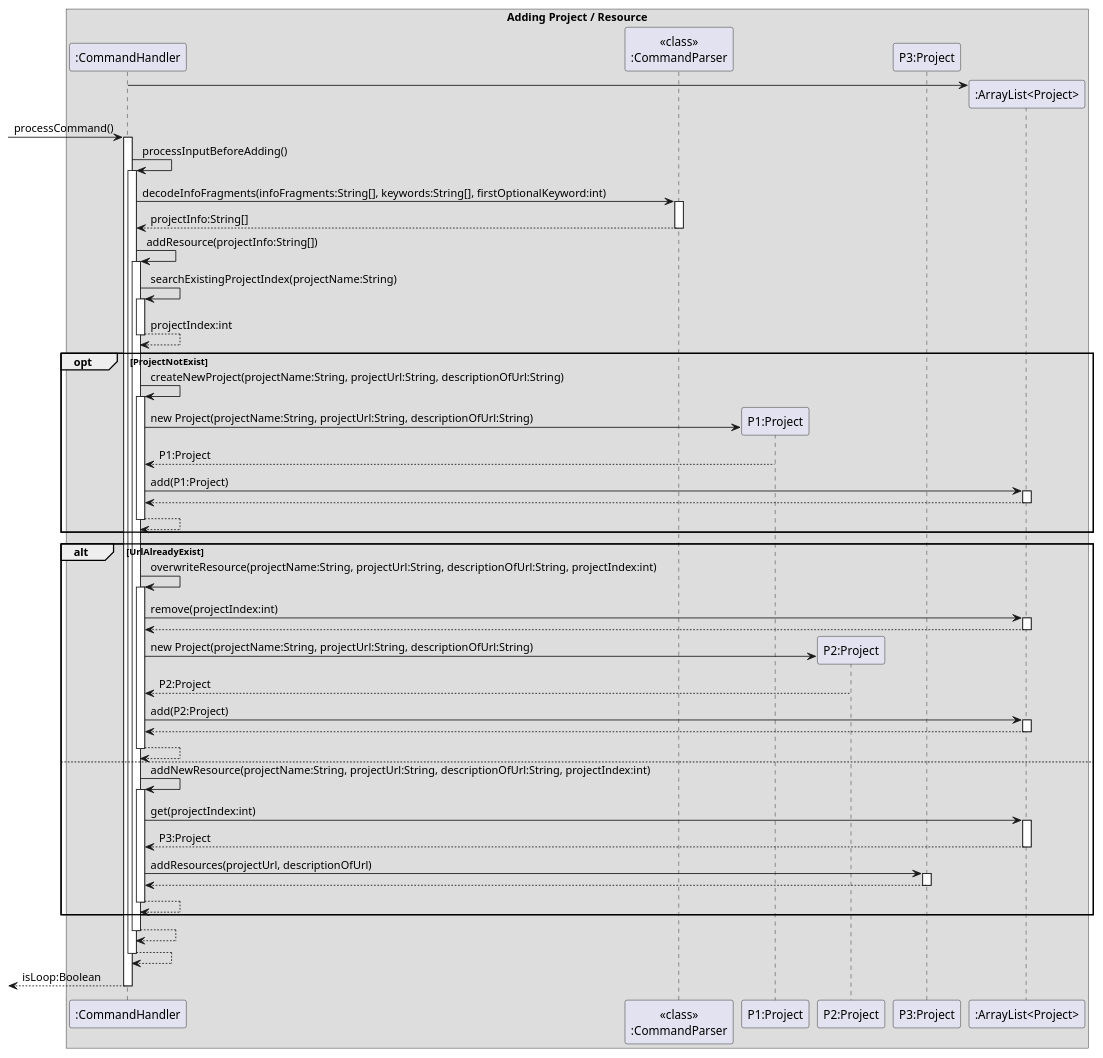
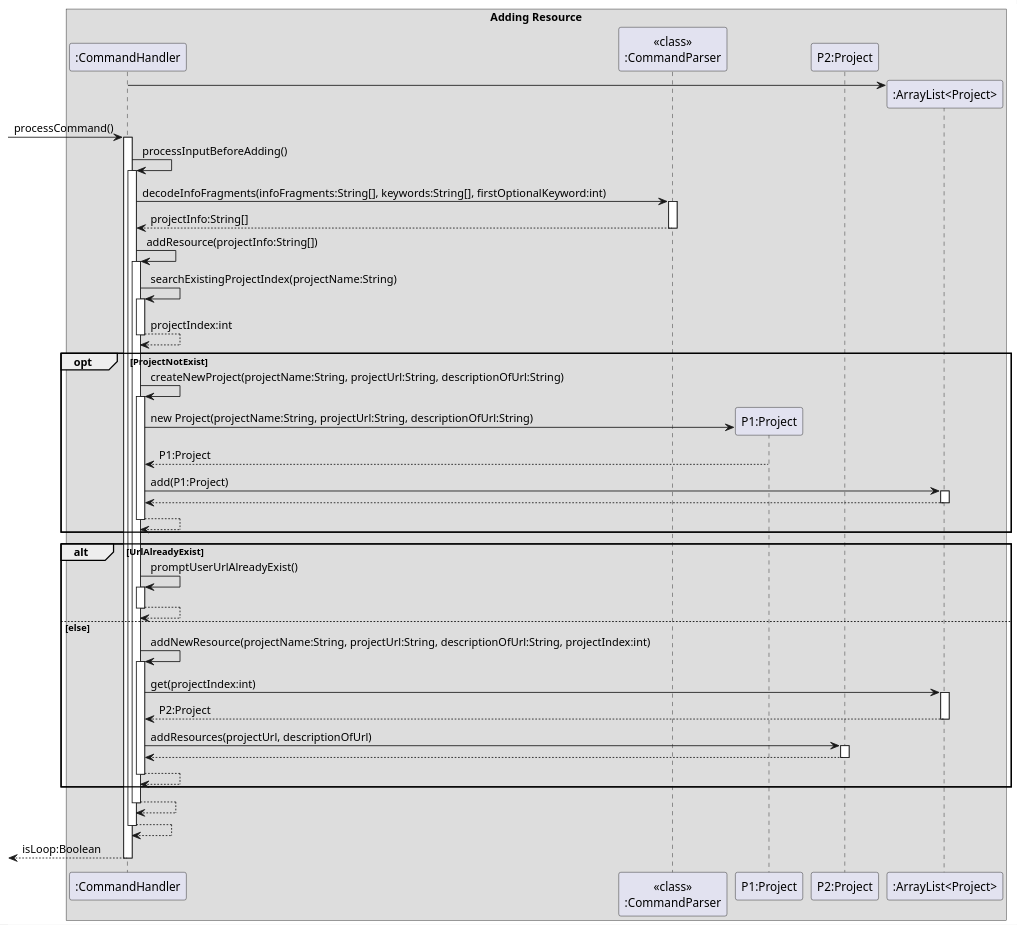
One commit to s-t-e-f/tp changed the diagram in docs/PlantUML/Add.puml. Above: the diagram before and after it, drawn with PlantUML. The commit also changed 8 other files, not shown here.

Commit message:
[Sam] Fix bug about add command - prompt user when the user is trying to add a resource with the same URL as the one that is already exsiting in the project's resource list. - Updated the sequence diagram, DG, UG

```diff
--- a/docs/PlantUML/Add.puml
+++ b/docs/PlantUML/Add.puml
@@ -1,71 +1,61 @@
 @startuml
 
-box Adding Project / Resource
+box Adding Resource
 participant ":CommandHandler" as CH
 participant "<<class>>\n:CommandParser" as CP
 participant "P1:Project" as P1
 participant "P2:Project" as P2
-participant "P3:Project" as P3
 participant ":ArrayList<Project>" as PA
 
 create PA
 CH -> PA
 [-> CH: processCommand()
 activate CH
 
 CH -> CH: processInputBeforeAdding()
 activate CH
 
 CH -> CP: decodeInfoFragments(infoFragments:String[], keywords:String[], firstOptionalKeyword:int)
 activate CP
 return projectInfo:String[]
 
 CH -> CH: addResource(projectInfo:String[])
 activate CH
 
 CH -> CH: searchExistingProjectIndex(projectName:String)
 activate CH
 return projectIndex:int
 
 opt ProjectNotExist
     CH -> CH: createNewProject(projectName:String, projectUrl:String, descriptionOfUrl:String)
     activate CH
     create P1
     CH -> P1: new Project(projectName:String, projectUrl:String, descriptionOfUrl:String)
     CH <-- P1: P1:Project
     CH -> PA: add(P1:Project)
     activate PA
     return
     return
 end
 
 alt UrlAlreadyExist
-    CH -> CH: overwriteResource(projectName:String, projectUrl:String, descriptionOfUrl:String, projectIndex:int)
+    CH -> CH: promptUserUrlAlreadyExist()
     activate CH
-    CH -> PA: remove(projectIndex:int)
-    activate PA
     return
-    create P2
-    CH -> P2: new Project(projectName:String, projectUrl:String, descriptionOfUrl:String)
-    CH <-- P2: P2:Project
-    CH -> PA: add(P2:Project)
-    activate PA
-    return
-    return
-else
+else else
     CH -> CH: addNewResource(projectName:String, projectUrl:String, descriptionOfUrl:String, projectIndex:int)
     activate CH
     CH -> PA: get(projectIndex:int)
     activate PA
-    return P3:Project
-    CH -> P3: addResources(projectUrl, descriptionOfUrl)
-    activate P3
+    return P2:Project
+    CH -> P2: addResources(projectUrl, descriptionOfUrl)
+    activate P2
     return
     return
 end
 
 return
 return
 return isLoop:Boolean
 
 @enduml
```
